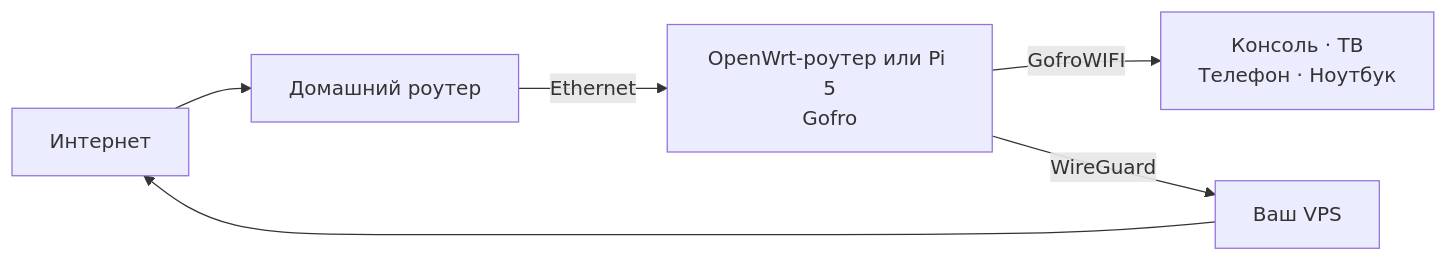
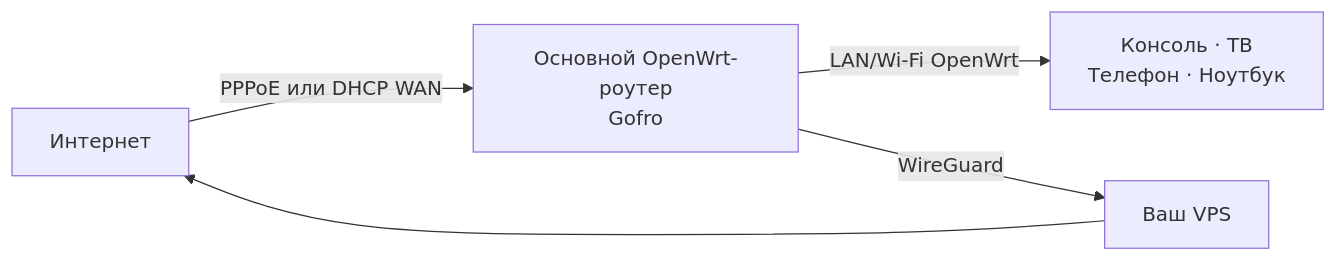
The diagram in README.md (gofronet/gofro-router), drawn with Mermaid before and after one commit. The commit also changed other lines of this file and 149 other files, not shown here.

First line of the commit message:
Prepare OpenWrt VPN-only release v0.5.16 (#44)

````diff
--- a/README.md
+++ b/README.md
@@ -79,8 +68,7 @@
 ```mermaid
 flowchart LR
-    INTERNET[Интернет] --> HOME[Домашний роутер]
-    HOME -->|Ethernet| GOFRO[OpenWrt-роутер или Pi 5<br>Gofro]
-    GOFRO -->|GofroWIFI| DEVICES[Консоль · ТВ<br>Телефон · Ноутбук]
+    INTERNET[Интернет] -->|PPPoE или DHCP WAN| GOFRO[Основной OpenWrt-роутер<br>Gofro]
+    GOFRO -->|LAN/Wi-Fi OpenWrt| DEVICES[Консоль · ТВ<br>Телефон · Ноутбук]
     GOFRO -->|WireGuard| VPS[Ваш VPS]
     VPS --> INTERNET
 ```
````
